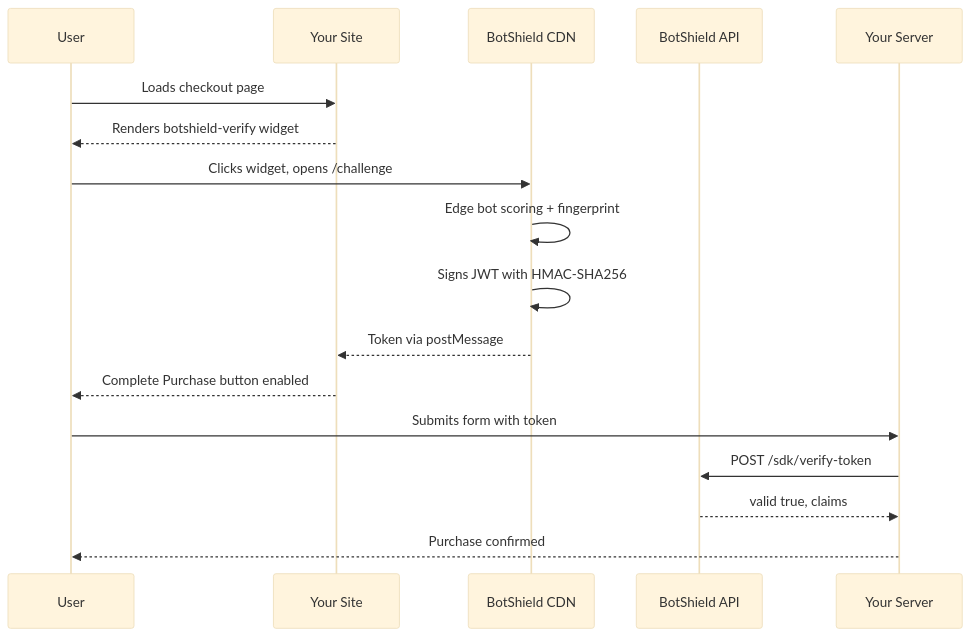
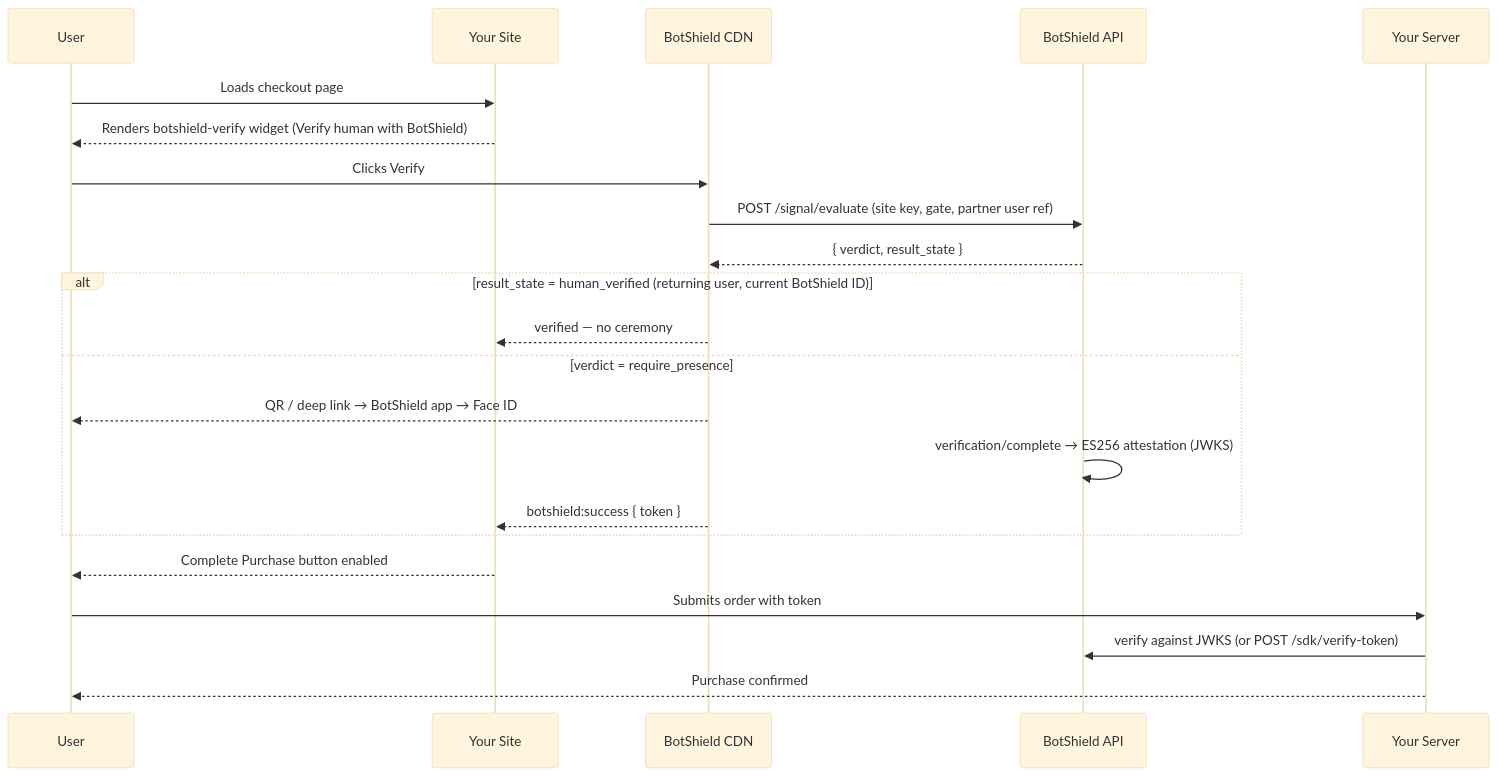
The diagram in README.md (Bot-Shield/botshield-demo), drawn with Mermaid (base theme) before and after one commit. The commit also changed other lines of this file and 1 other file, not shown here.

First line of the commit message:
chore(demo): conform Ticketz to the Census two-result-state contract (docs + dead code)

````diff
--- a/README.md
+++ b/README.md
@@ -9,23 +9,28 @@
 ```mermaid
 sequenceDiagram
     participant User
     participant Site as Your Site
     participant CDN as BotShield CDN
     participant API as BotShield API
     participant Server as Your Server
 
     User->>Site: Loads checkout page
-    Site-->>User: Renders botshield-verify widget
+    Site-->>User: Renders botshield-verify widget (Verify human with BotShield)
 
-    User->>CDN: Clicks widget, opens /challenge
-    CDN->>CDN: Edge bot scoring + fingerprint
-    CDN->>CDN: Signs JWT with HMAC-SHA256
-    CDN-->>Site: Token via postMessage
+    User->>CDN: Clicks Verify
+    CDN->>API: POST /signal/evaluate (site key, gate, partner user ref)
+    API-->>CDN: { verdict, result_state }
+    alt result_state = human_verified (returning user, current BotShield ID)
+        CDN-->>Site: verified — no ceremony
+    else verdict = require_presence
+        CDN-->>User: QR / deep link → BotShield app → Face ID
+        API->>API: verification/complete → ES256 attestation (JWKS)
+        CDN-->>Site: botshield:success { token }
+    end
 
     Site-->>User: Complete Purchase button enabled
 
-    User->>Server: Submits form with token
-    Server->>API: POST /sdk/verify-token
-    API-->>Server: valid true, claims
+    User->>Server: Submits order with token
+    Server->>API: verify against JWKS (or POST /sdk/verify-token)
     Server-->>User: Purchase confirmed
 ```
````
